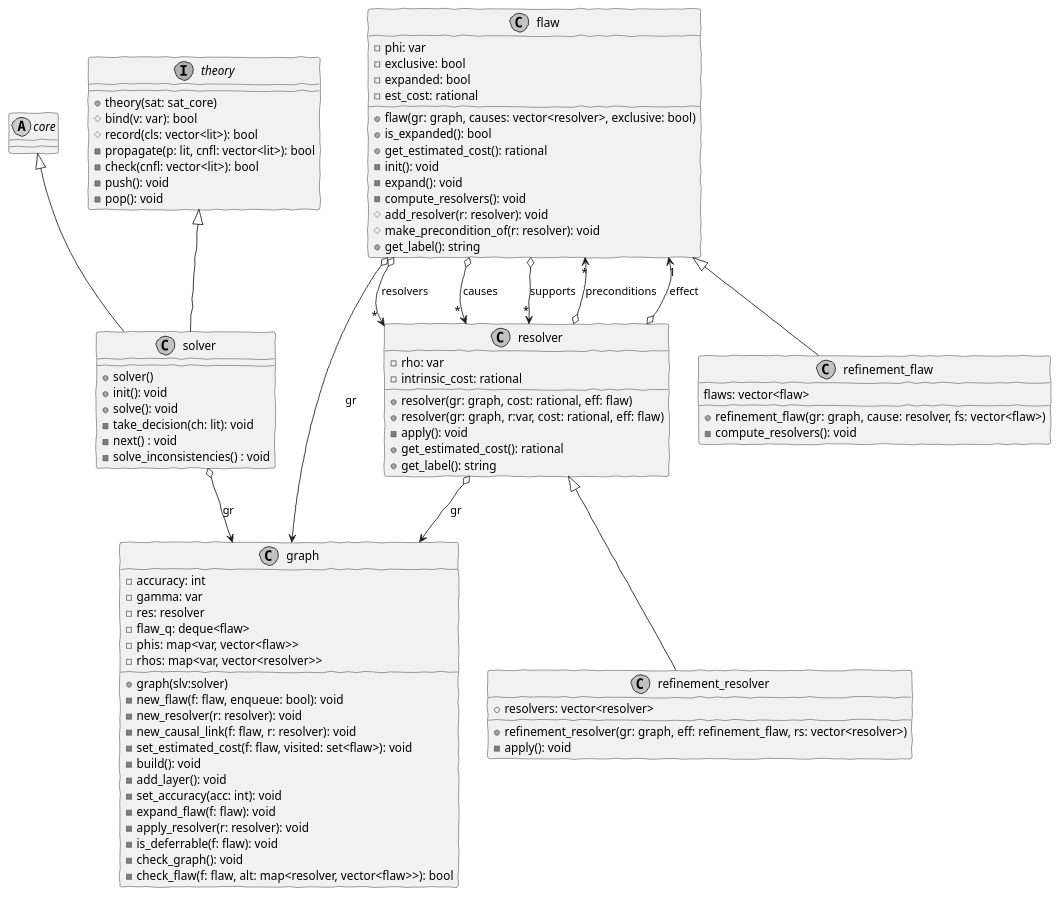
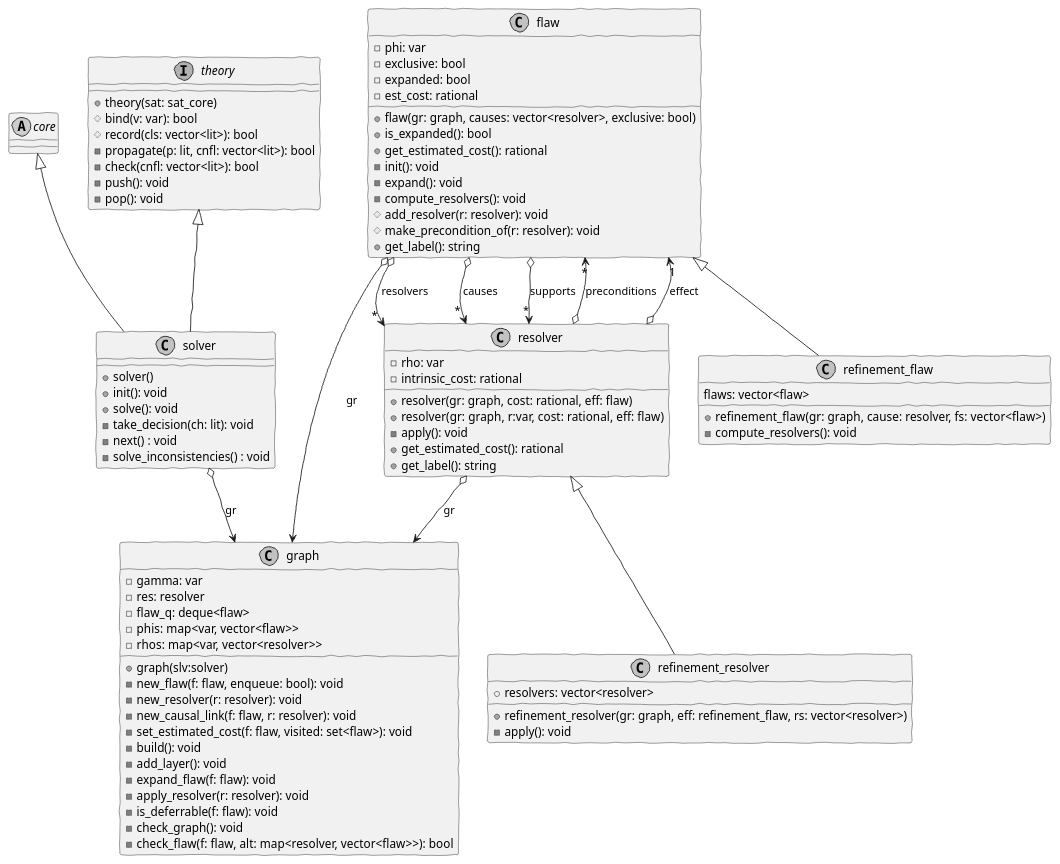
One commit to pstlab/oRatio changed the diagram in solver/solver.wsd. Above: the diagram before and after it, drawn with PlantUML. The commit also changed 9 other files, not shown here.

```diff
--- a/solver/solver.wsd
+++ b/solver/solver.wsd
@@ -1,96 +1,94 @@
 @startuml solver
 skinparam Monochrome true
 skinparam Handwritten true
 
 abstract class core
 
 interface theory
 theory : +theory(sat: sat_core)
 theory : #bind(v: var): bool
 theory : #record(cls: vector<lit>): bool
 theory : -propagate(p: lit, cnfl: vector<lit>): bool
 theory : -check(cnfl: vector<lit>): bool
 theory : -push(): void
 theory : -pop(): void
 
 class solver
 core <|-- solver
 theory <|-- solver
 solver : +solver()
 solver : +init(): void
 solver : +solve(): void
 solver : -take_decision(ch: lit): void
 solver : -next() : void
 solver : -solve_inconsistencies() : void
 solver o--> graph: gr
 
 class graph
 graph : +graph(slv:solver)
-graph : -accuracy: int
 graph : -gamma: var
 graph : -res: resolver
 graph : -flaw_q: deque<flaw>
 graph : -phis: map<var, vector<flaw>>
 graph : -rhos: map<var, vector<resolver>>
 
 graph : -new_flaw(f: flaw, enqueue: bool): void
 graph : -new_resolver(r: resolver): void
 graph : -new_causal_link(f: flaw, r: resolver): void
 
 graph : -set_estimated_cost(f: flaw, visited: set<flaw>): void
 
 graph : -build(): void
 graph : -add_layer(): void
-graph : -set_accuracy(acc: int): void
 
 graph : -expand_flaw(f: flaw): void
 graph : -apply_resolver(r: resolver): void
 
 graph : -is_deferrable(f: flaw): void
 
 graph : -check_graph(): void
 graph : -check_flaw(f: flaw, alt: map<resolver, vector<flaw>>): bool
 
 class flaw
 flaw : -phi: var
 flaw : -exclusive: bool
 flaw : -expanded: bool
 flaw : -est_cost: rational
 flaw : +flaw(gr: graph, causes: vector<resolver>, exclusive: bool)
 flaw : +is_expanded(): bool
 flaw : +get_estimated_cost(): rational
 flaw : -init(): void
 flaw : -expand(): void
 flaw : -compute_resolvers(): void
 flaw : #add_resolver(r: resolver): void
 flaw : #make_precondition_of(r: resolver): void
 flaw : +get_label(): string
 flaw o--> "*" resolver : resolvers
 flaw o--> "*" resolver : causes
 flaw o--> "*" resolver : supports
 flaw o--> graph: gr
 
 class resolver
 resolver : -rho: var
 resolver : -intrinsic_cost: rational
 resolver : +resolver(gr: graph, cost: rational, eff: flaw)
 resolver : +resolver(gr: graph, r:var, cost: rational, eff: flaw)
 resolver : -apply(): void
 resolver : +get_estimated_cost(): rational
 resolver : +get_label(): string
 resolver o--> "*" flaw : preconditions
 resolver o--> "1" flaw : effect
 resolver o--> graph: gr
 
 class refinement_flaw
 flaw <|-- refinement_flaw
 refinement_flaw : flaws: vector<flaw>
 refinement_flaw : +refinement_flaw(gr: graph, cause: resolver, fs: vector<flaw>)
 refinement_flaw : -compute_resolvers(): void
 
 class refinement_resolver
 resolver <|-- refinement_resolver
 refinement_resolver : +resolvers: vector<resolver>
 refinement_resolver : +refinement_resolver(gr: graph, eff: refinement_flaw, rs: vector<resolver>)
 refinement_resolver : -apply(): void
 @enduml
```
